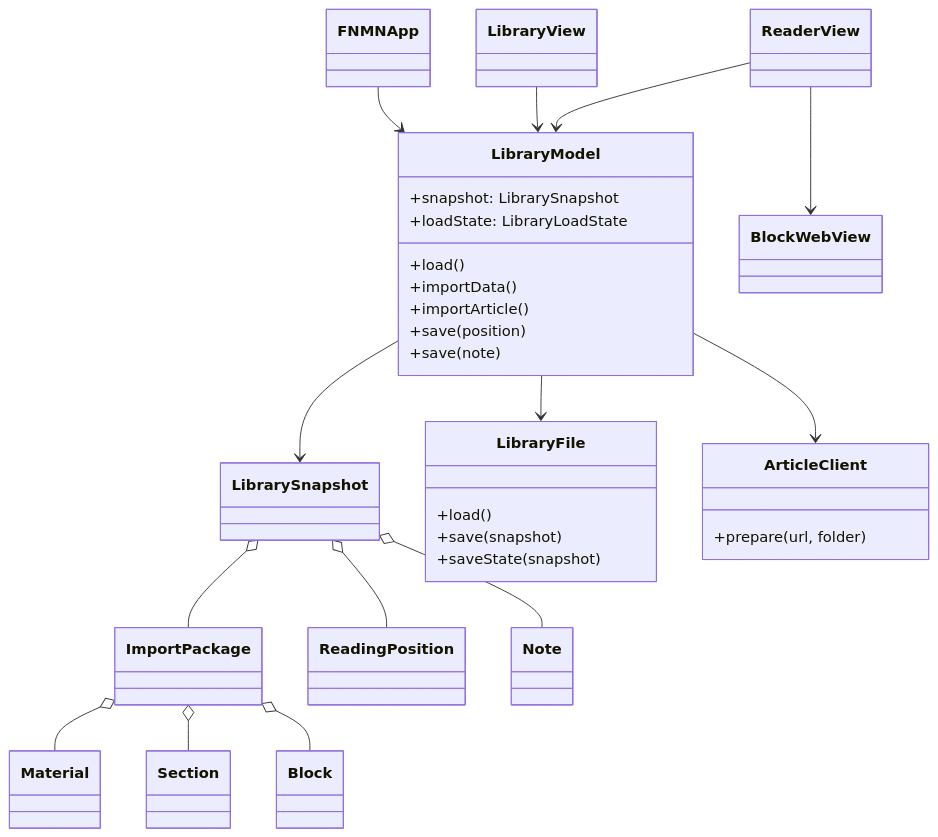
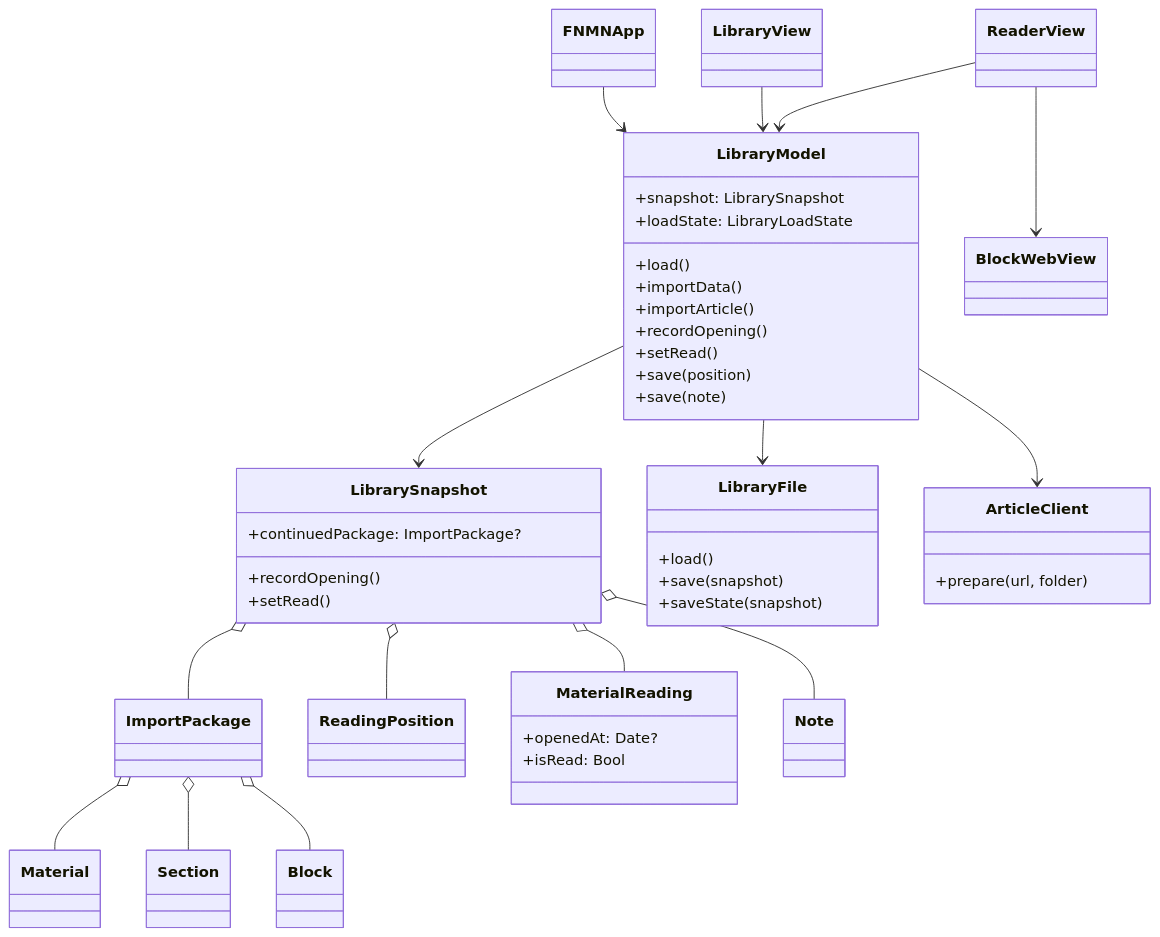
One commit to vladkalinichencko/fnmn-app changed the second of 6 diagrams in APP_SPEC.md. Above: the diagram before and after it, drawn with Mermaid. The commit also changed other lines of this file and 5 other files, not shown here.

First line of the commit message:
Record last opened material and explicit read state.

````diff
--- a/APP_SPEC.md
+++ b/APP_SPEC.md
@@ -49,34 +56,46 @@
 ```mermaid
 classDiagram
     FNMNApp --> LibraryModel
     LibraryView --> LibraryModel
     ReaderView --> LibraryModel
     LibraryModel --> LibrarySnapshot
     LibraryModel --> LibraryFile
     LibraryModel --> ArticleClient
     LibrarySnapshot o-- ImportPackage
     ImportPackage o-- Material
     ImportPackage o-- Section
     ImportPackage o-- Block
     LibrarySnapshot o-- ReadingPosition
+    LibrarySnapshot o-- MaterialReading
     LibrarySnapshot o-- Note
     ReaderView --> BlockWebView
 
     class LibraryModel {
       +snapshot: LibrarySnapshot
       +loadState: LibraryLoadState
       +load()
       +importData()
       +importArticle()
+      +recordOpening()
+      +setRead()
       +save(position)
       +save(note)
+    }
+    class LibrarySnapshot {
+      +continuedPackage: ImportPackage?
+      +recordOpening()
+      +setRead()
+    }
+    class MaterialReading {
+      +openedAt: Date?
+      +isRead: Bool
     }
     class LibraryFile {
       +load()
       +save(snapshot)
       +saveState(snapshot)
     }
     class ArticleClient {
       +prepare(url, folder)
     }
 ```
````
